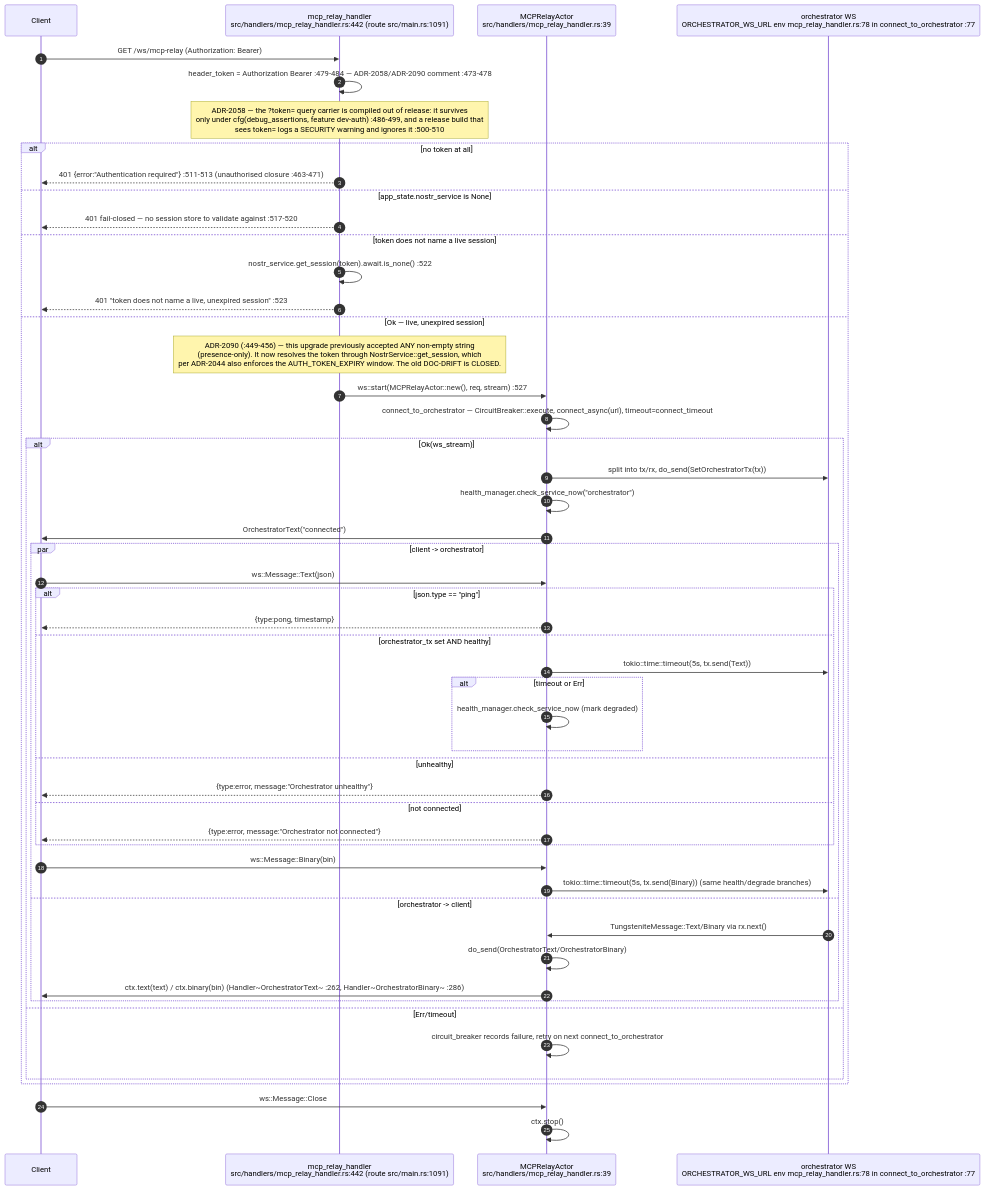
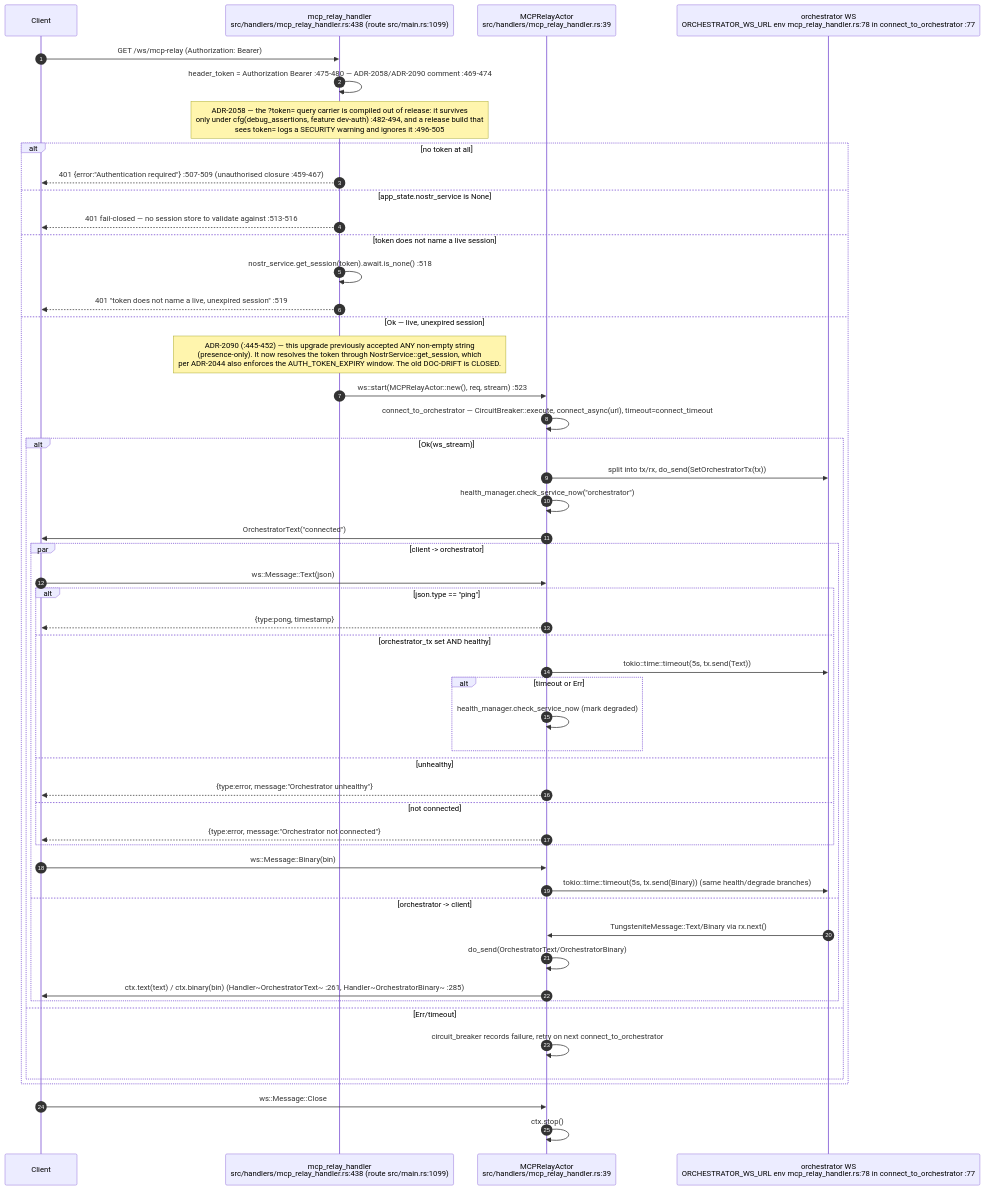
One commit to DreamLab-AI/VisionFlow changed the tenth of 15 diagrams in docs/diagrams/visionclaw/05-handlers-governance-and-identity.md. Above: the diagram before and after it, drawn with Mermaid. The commit also changed other lines of this file and 8 other files, not shown here.

Commit message:
docs(diagrams): multi-MCP discovery is real; re-stamp visionclaw 01/03/05/09/27 and estate/02

````diff
--- a/docs/diagrams/visionclaw/05-handlers-governance-and-identity.md
+++ b/docs/diagrams/visionclaw/05-handlers-governance-and-identity.md
@@ -536,54 +538,54 @@
 ```mermaid
 sequenceDiagram
     autonumber
     participant C as Client
-    participant H as mcp_relay_handler<br/>src/handlers/mcp_relay_handler.rs:442 (route src/main.rs:1091)
+    participant H as mcp_relay_handler<br/>src/handlers/mcp_relay_handler.rs:438 (route src/main.rs:1099)
     participant A as MCPRelayActor<br/>src/handlers/mcp_relay_handler.rs:39
     participant O as orchestrator WS<br/>ORCHESTRATOR_WS_URL env mcp_relay_handler.rs:78 in connect_to_orchestrator :77
 
     C->>H: GET /ws/mcp-relay (Authorization: Bearer)
-    H->>H: header_token = Authorization Bearer :479-484 — ADR-2058/ADR-2090 comment :473-478
-    Note over H: ADR-2058 — the ?token= query carrier is compiled out of release: it survives<br/>only under cfg(debug_assertions, feature dev-auth) :486-499, and a release build that<br/>sees token= logs a SECURITY warning and ignores it :500-510
+    H->>H: header_token = Authorization Bearer :475-480 — ADR-2058/ADR-2090 comment :469-474
+    Note over H: ADR-2058 — the ?token= query carrier is compiled out of release: it survives<br/>only under cfg(debug_assertions, feature dev-auth) :482-494, and a release build that<br/>sees token= logs a SECURITY warning and ignores it :496-505
     alt no token at all
-        H-->>C: 401 {error:"Authentication required"} :511-513 (unauthorised closure :463-471)
+        H-->>C: 401 {error:"Authentication required"} :507-509 (unauthorised closure :459-467)
     else app_state.nostr_service is None
-        H-->>C: 401 fail-closed — no session store to validate against :517-520
+        H-->>C: 401 fail-closed — no session store to validate against :513-516
     else token does not name a live session
-        H->>H: nostr_service.get_session(token).await.is_none() :522
-        H-->>C: 401 "token does not name a live, unexpired session" :523
+        H->>H: nostr_service.get_session(token).await.is_none() :518
+        H-->>C: 401 "token does not name a live, unexpired session" :519
     else Ok — live, unexpired session
-        Note over H: ADR-2090 (:449-456) — this upgrade previously accepted ANY non-empty string<br/>(presence-only). It now resolves the token through NostrService::get_session, which<br/>per ADR-2044 also enforces the AUTH_TOKEN_EXPIRY window. The old DOC-DRIFT is CLOSED.
-        H->>A: ws::start(MCPRelayActor::new(), req, stream) :527
+        Note over H: ADR-2090 (:445-452) — this upgrade previously accepted ANY non-empty string<br/>(presence-only). It now resolves the token through NostrService::get_session, which<br/>per ADR-2044 also enforces the AUTH_TOKEN_EXPIRY window. The old DOC-DRIFT is CLOSED.
+        H->>A: ws::start(MCPRelayActor::new(), req, stream) :523
         A->>A: connect_to_orchestrator — CircuitBreaker::execute, connect_async(url), timeout=connect_timeout
         alt Ok(ws_stream)
             A->>O: split into tx/rx, do_send(SetOrchestratorTx(tx))
             A->>A: health_manager.check_service_now("orchestrator")
             A->>C: OrchestratorText("connected")
             par client -> orchestrator
                 C->>A: ws::Message::Text(json)
                 alt json.type == "ping"
                     A-->>C: {type:pong, timestamp}
                 else orchestrator_tx set AND healthy
                     A->>O: tokio::time::timeout(5s, tx.send(Text))
                     alt timeout or Err
                         A->>A: health_manager.check_service_now (mark degraded)
                     end
                 else unhealthy
                     A-->>C: {type:error, message:"Orchestrator unhealthy"}
                 else not connected
                     A-->>C: {type:error, message:"Orchestrator not connected"}
                 end
                 C->>A: ws::Message::Binary(bin)
                 A->>O: tokio::time::timeout(5s, tx.send(Binary)) (same health/degrade branches)
             and orchestrator -> client
                 O->>A: TungsteniteMessage::Text/Binary via rx.next()
                 A->>A: do_send(OrchestratorText/OrchestratorBinary)
-                A->>C: ctx.text(text) / ctx.binary(bin) (Handler~OrchestratorText~ :262, Handler~OrchestratorBinary~ :286)
+                A->>C: ctx.text(text) / ctx.binary(bin) (Handler~OrchestratorText~ :261, Handler~OrchestratorBinary~ :285)
             end
         else Err/timeout
             A->>A: circuit_breaker records failure, retry on next connect_to_orchestrator
         end
     end
     C->>A: ws::Message::Close
     A->>A: ctx.stop()
 ```
````
